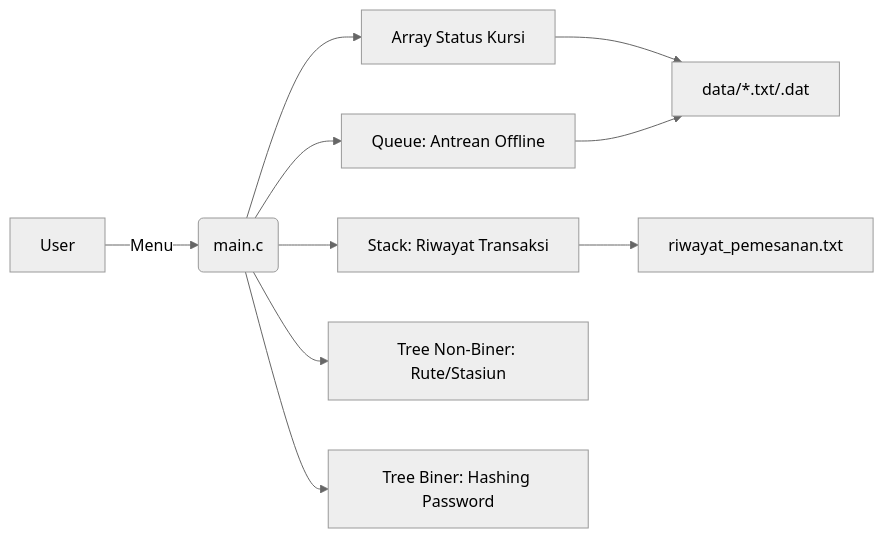
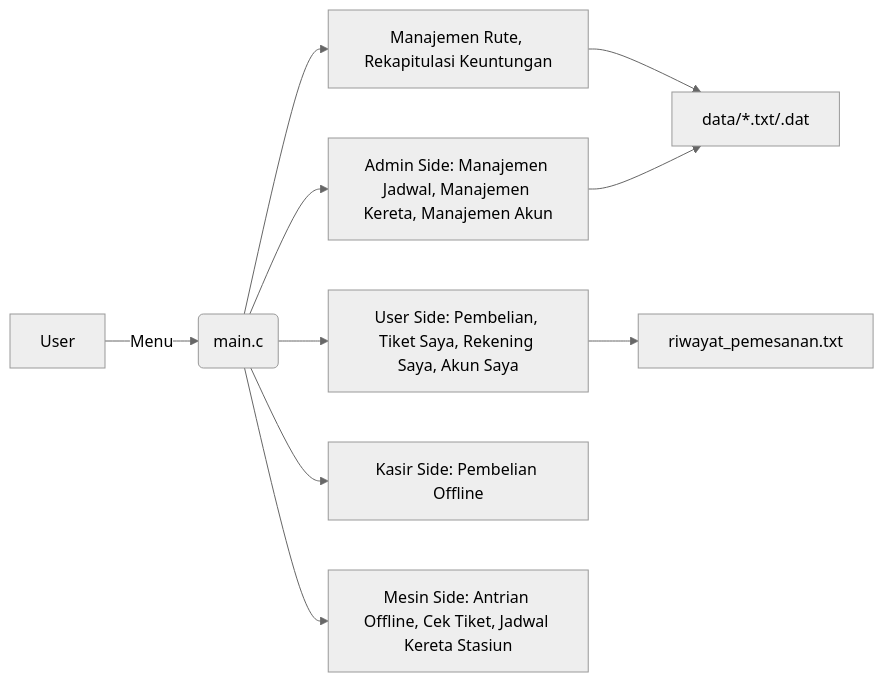
Before and after one commit to RoufielHadi/our-train: the diagram in README.md, drawn with Mermaid (neutral theme).

````diff
--- a/README.md
+++ b/README.md
@@ -85,12 +85,12 @@
 ```mermaid
 graph LR
   U[User] -->|Menu| M(main.c)
-  M --> Q[Queue: Antrean Offline]
-  M --> S[Stack: Riwayat Transaksi]
-  M --> A[Array Status Kursi]
-  M --> T1[Tree Non-Biner: Rute/Stasiun]
-  M --> T2[Tree Biner: Hashing Password]
+  M --> Q[Admin Side: Manajemen Jadwal, Manajemen Kereta, Manajemen Akun]
+  M --> S[User Side: Pembelian, Tiket Saya, Rekening Saya, Akun Saya]
+  M --> A[Manajemen Rute, Rekapitulasi Keuntungan]
+  M --> T1[Kasir Side: Pembelian Offline]
+  M --> T2[Mesin Side: Antrian Offline, Cek Tiket, Jadwal Kereta Stasiun]
   A --> D[data/*.txt/.dat]
   Q --> D
   S --> R[riwayat_pemesanan.txt]
 ``` 
````
